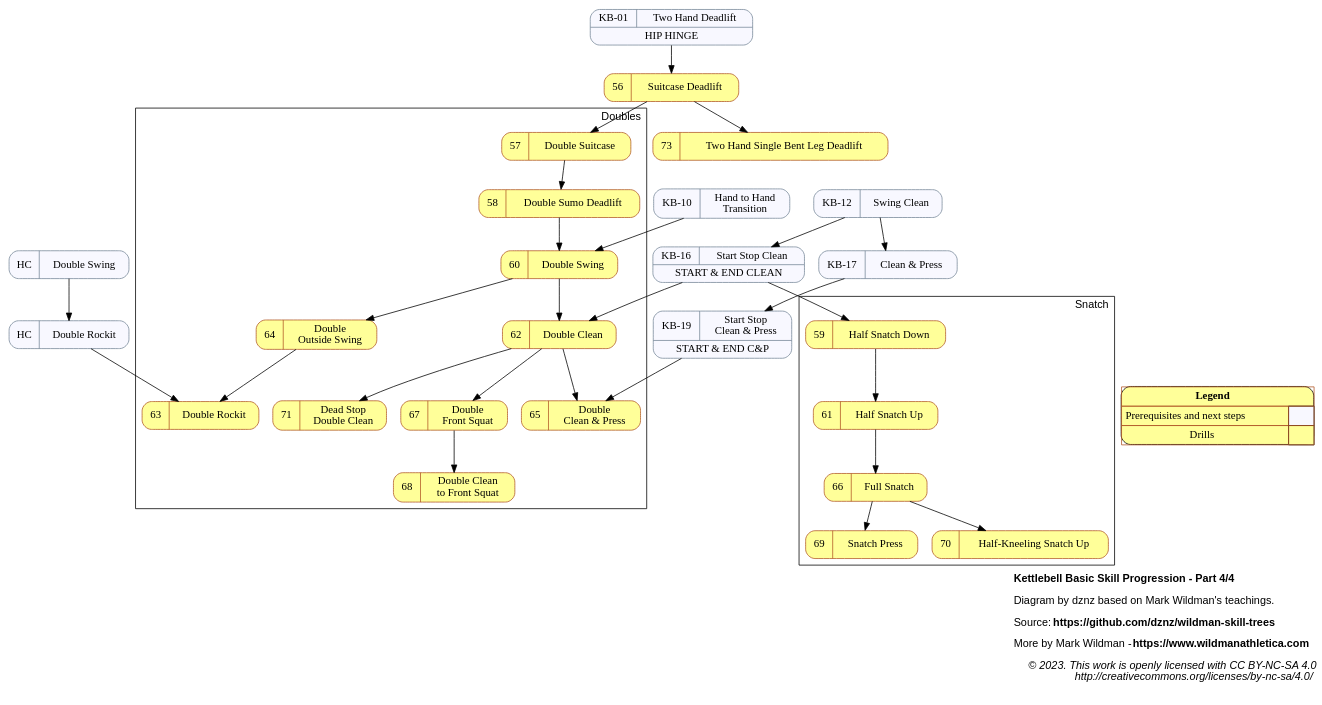
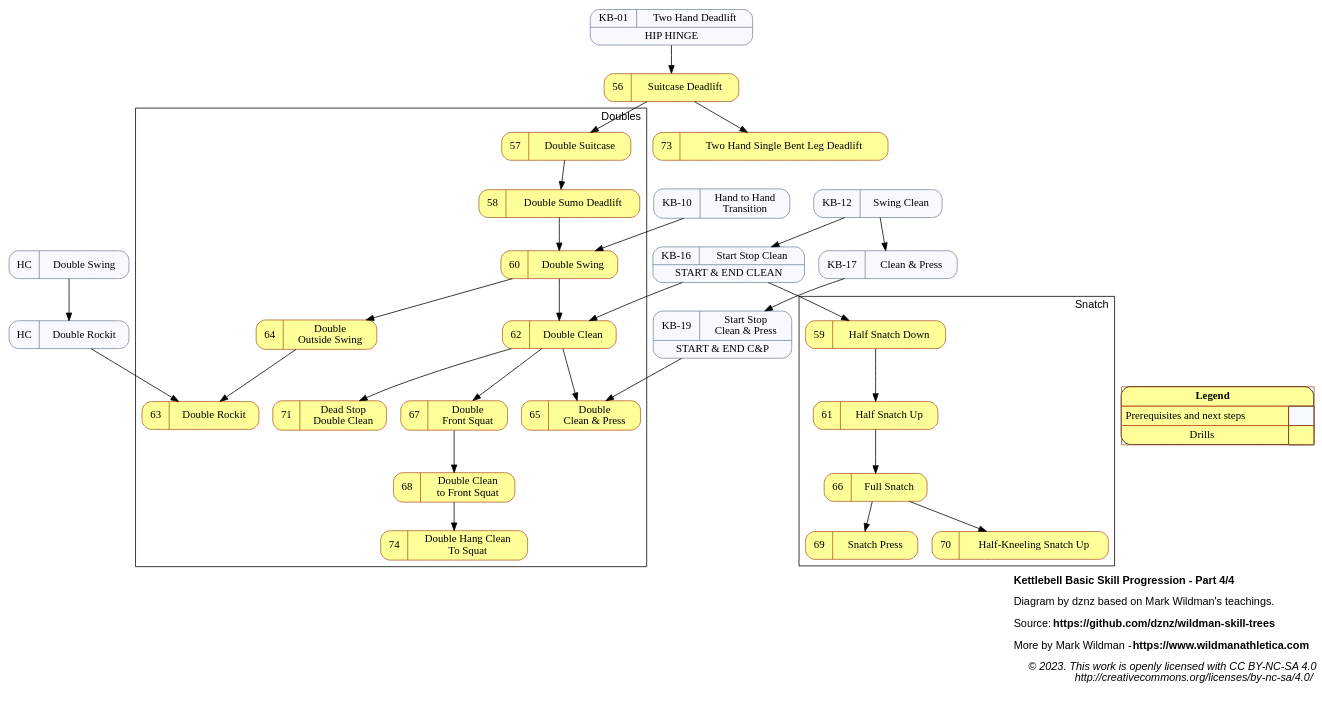
The diagram in src/kb/kb_progression_4.gv (dznz/wildman-skill-trees), drawn with Graphviz before and after one commit. The commit also changed 4 other files, not shown here.

```diff
--- a/src/kb/kb_progression_4.gv
+++ b/src/kb/kb_progression_4.gv
@@ -1,112 +1,114 @@
 digraph kb_progression {
 
   label=<
 <B>Kettlebell Basic Skill Progression - Part 4/4</B><BR ALIGN="LEFT"/><BR ALIGN="LEFT"/>
 Diagram by dznz based on Mark Wildman's teachings.<BR ALIGN="LEFT"/><BR ALIGN="LEFT"/>
 Source: <B>https://github.com/dznz/wildman-skill-trees</B><BR ALIGN="LEFT"/><BR ALIGN="LEFT"/>
 More by Mark Wildman - <B>https://www.wildmanathletica.com</B><BR ALIGN="LEFT"/><BR ALIGN="LEFT"/>
 <I>
 © 2023. This work is openly licensed with CC BY-NC-SA 4.0<BR ALIGN="RIGHT"/>
 http://creativecommons.org/licenses/by-nc-sa/4.0/<BR ALIGN="RIGHT"/>
 </I>
   >
   graph [labeljust=r]
   graph [fontname="Helvetica,Arial,sans-serif"]
 
   node [colorscheme="paired12"]
   node [shape=record]
   node [style="rounded,filled"]
   node [color=12, fillcolor=11]
 
   subgraph pre {
     node [color=lightslategrey, fillcolor=ghostwhite]
     ext_hc_dblswing    [label="{{HC|Double Swing}}"]
     ext_hc_dblrockit   [label="{{HC|Double Rockit}}"]
     
     mov_01_deadlift       [label="{{KB-01|Two Hand Deadlift}|HIP HINGE}"               URL="https://www.youtube.com/watch?v=x0XkmM34BPI&list=PLk4oYPJ7TXKhX8YqA2AVrfgs_pEF6p7KA&index=1"];
     mov_10_h2h            [label="{{KB-10|Hand to Hand\nTransition}}"                  URL="https://www.youtube.com/watch?v=0Uk0Rdm3QFs&list=PLk4oYPJ7TXKhX8YqA2AVrfgs_pEF6p7KA&index=10"]
     mov_12_clean          [label="KB-12|Swing Clean"                                   URL="https://www.youtube.com/watch?v=_nIsSXWs5iU&list=PLk4oYPJ7TXKhX8YqA2AVrfgs_pEF6p7KA&index=12"]
     mov_16_startstopclean [label="{{KB-16|Start Stop Clean}|START & END CLEAN}"        URL="https://www.youtube.com/watch?v=XbK3jxI0WNQ&list=PLk4oYPJ7TXKhX8YqA2AVrfgs_pEF6p7KA&index=16"]
     mov_17_cap            [label="KB-17|Clean & Press"                                 URL="https://www.youtube.com/watch?v=SSxB3m5qRas&list=PLk4oYPJ7TXKhX8YqA2AVrfgs_pEF6p7KA&index=17"]
     mov_19_startstopcap   [label="{{KB-19|Start Stop\nClean & Press}|START & END C&P}" URL="https://www.youtube.com/watch?v=dSj3kqbuois&list=PLk4oYPJ7TXKhX8YqA2AVrfgs_pEF6p7KA&index=19"]
 
   }
 
   mov_56_suitcasedl         [label="{{56|Suitcase Deadlift}}"                               URL="https://www.youtube.com/watch?v=d6i6MwVOmk0&list=PLk4oYPJ7TXKhX8YqA2AVrfgs_pEF6p7KA&index=58"];
   mov_57_dblsuitcase        [label="{{57|Double Suitcase}}"                                 URL="https://www.youtube.com/watch?v=4PSOSrDcGfc&list=PLk4oYPJ7TXKhX8YqA2AVrfgs_pEF6p7KA&index=59"];
   mov_58_dblsumodl          [label="{{58|Double Sumo Deadlift}}"                            URL="https://www.youtube.com/watch?v=gdutIla6nMw"];
   mov_59_halfsnatchdown     [label="{{59|Half Snatch Down}}"                                URL="https://www.youtube.com/watch?v=u2NbMtX_Rb0&list=PLk4oYPJ7TXKhX8YqA2AVrfgs_pEF6p7KA&index=60"];
   mov_60_dblswing           [label="{{60|Double Swing}}"                                    URL="https://www.youtube.com/watch?v=P5IFTJySA_s&list=PLk4oYPJ7TXKhX8YqA2AVrfgs_pEF6p7KA&index=61"];
   mov_61_halfsnatchup       [label="{{61|Half Snatch Up}}"                                  URL="https://www.youtube.com/watch?v=3HEmUyLYjjc"];
   mov_62_dblclean           [label="{{62|Double Clean}}"                                    URL="https://www.youtube.com/watch?v=Qe9ejhAtdGY&list=PLk4oYPJ7TXKhX8YqA2AVrfgs_pEF6p7KA&index=62"];
   //63 is missing, so we put the Double Rockit in its place
   mov_63_dblrockit          [label="{{63|Double Rockit}}"                     URL="https://www.youtube.com/watch?v=zXB6hFrrBkA&list=PLk4oYPJ7TXKhX8YqA2AVrfgs_pEF6p7KA&index=63"];
   mov_64_dbloutswing        [label="{{64|Double\nOutside Swing}}"             URL="https://www.youtube.com/watch?v=yr_fRgGevsE"];
   mov_65_dblcap             [label="{{65|Double\nClean & Press}}"             URL="https://www.youtube.com/watch?v=RizGV8ef--s"];
   mov_66_snatch             [label="{{66|Full Snatch}}"                       URL="https://www.youtube.com/watch?v=f-zkPiAlpQw&list=PLk4oYPJ7TXKhX8YqA2AVrfgs_pEF6p7KA&index=65"];
   mov_67_dblsquat           [label="{{67|Double\nFront Squat}}"               URL="https://www.youtube.com/watch?v=dX5yXJa5Dm0&list=PLk4oYPJ7TXKhX8YqA2AVrfgs_pEF6p7KA&index=66"];
   mov_68_dblclean2squat     [label="{{68|Double Clean\nto Front Squat}}"      URL="https://www.youtube.com/watch?v=R3s6Wb_ApHM"];
   mov_69_snatchpress        [label="{{69|Snatch Press}}"                      URL="https://www.youtube.com/watch?v=IzFPa_Q1yHM&list=PLk4oYPJ7TXKhX8YqA2AVrfgs_pEF6p7KA&index=67"];
   mov_70_kneelsnatchup      [label="{{70|Half-Kneeling Snatch Up}}"           URL="https://www.youtube.com/watch?v=1_UrK5SopL4"];
   mov_71_deaddblclean       [label="{{71|Dead Stop\nDouble Clean}}"           URL="https://www.youtube.com/watch?v=22bKQqMqAQY"];
   // 72|Deck Squat is in part 3
   mov_73_2hsbldl            [label="{{73|Two Hand Single Bent Leg Deadlift}}" URL="https://www.youtube.com/watch?v=-RD1qqe7P8M"];
+  mov_74_dblhangclean2squat [label="{{74|Double Hang Clean\nTo Squat}}"       URL="https://www.youtube.com/watch?v=SdPEkv56Lt8"];
 
   // Precursor dependencies
   ext_hc_dblswing -> ext_hc_dblrockit;
   ext_hc_dblrockit -> mov_63_dblrockit;
   mov_10_h2h -> mov_60_dblswing;
   
   mov_12_clean -> mov_16_startstopclean;
   mov_12_clean -> mov_17_cap;
   mov_17_cap -> mov_19_startstopcap;
   
   mov_16_startstopclean -> mov_62_dblclean;
   mov_16_startstopclean -> mov_59_halfsnatchdown;
   mov_19_startstopcap -> mov_65_dblcap;
   mov_01_deadlift -> mov_56_suitcasedl;
 
 
   // Ungrouped drills
   mov_56_suitcasedl -> mov_57_dblsuitcase;
   mov_56_suitcasedl -> mov_73_2hsbldl;
 
   subgraph cluster_double {
     label="Doubles"
     mov_64_dbloutswing -> mov_63_dblrockit
     mov_57_dblsuitcase -> mov_58_dblsumodl;
     mov_60_dblswing -> mov_62_dblclean;
     mov_62_dblclean -> mov_65_dblcap;
     mov_62_dblclean -> mov_67_dblsquat;
     mov_67_dblsquat -> mov_68_dblclean2squat;
     mov_62_dblclean -> mov_71_deaddblclean;
     mov_58_dblsumodl -> mov_60_dblswing;
     mov_60_dblswing -> mov_64_dbloutswing;
+    mov_68_dblclean2squat -> mov_74_dblhangclean2squat;
   }
 
   subgraph cluster_snatch {
     label="Snatch"
     mov_59_halfsnatchdown -> mov_61_halfsnatchup -> mov_66_snatch;
     mov_66_snatch -> mov_69_snatchpress;
     mov_66_snatch -> mov_70_kneelsnatchup;
   }
   
 
   { rank = sink;
     Legend [shape=none, margin=0, label=<
     <TABLE BORDER="0" CELLBORDER="1" CELLSPACING="0" CELLPADDING="4">
      <TR>
       <TD COLSPAN="2"><B>Legend</B></TD>
      </TR>
      <TR>
       <TD>Prerequisites and next steps</TD>
       <TD BGCOLOR="ghostwhite">&nbsp;&nbsp;&nbsp;&nbsp;&nbsp;</TD>
      </TR>
      <TR>
       <TD>Drills</TD>
       <TD BGCOLOR="11"></TD>
      </TR>
     </TABLE>
    >];
   }
 }
```
